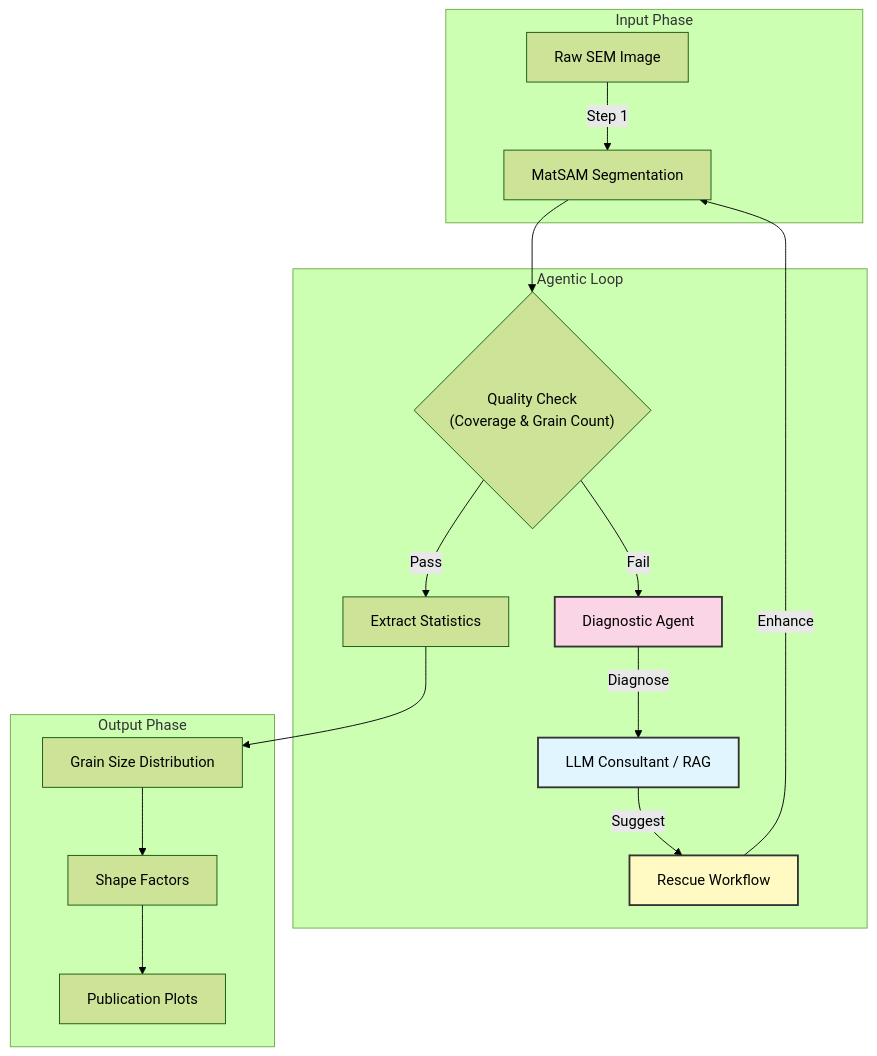
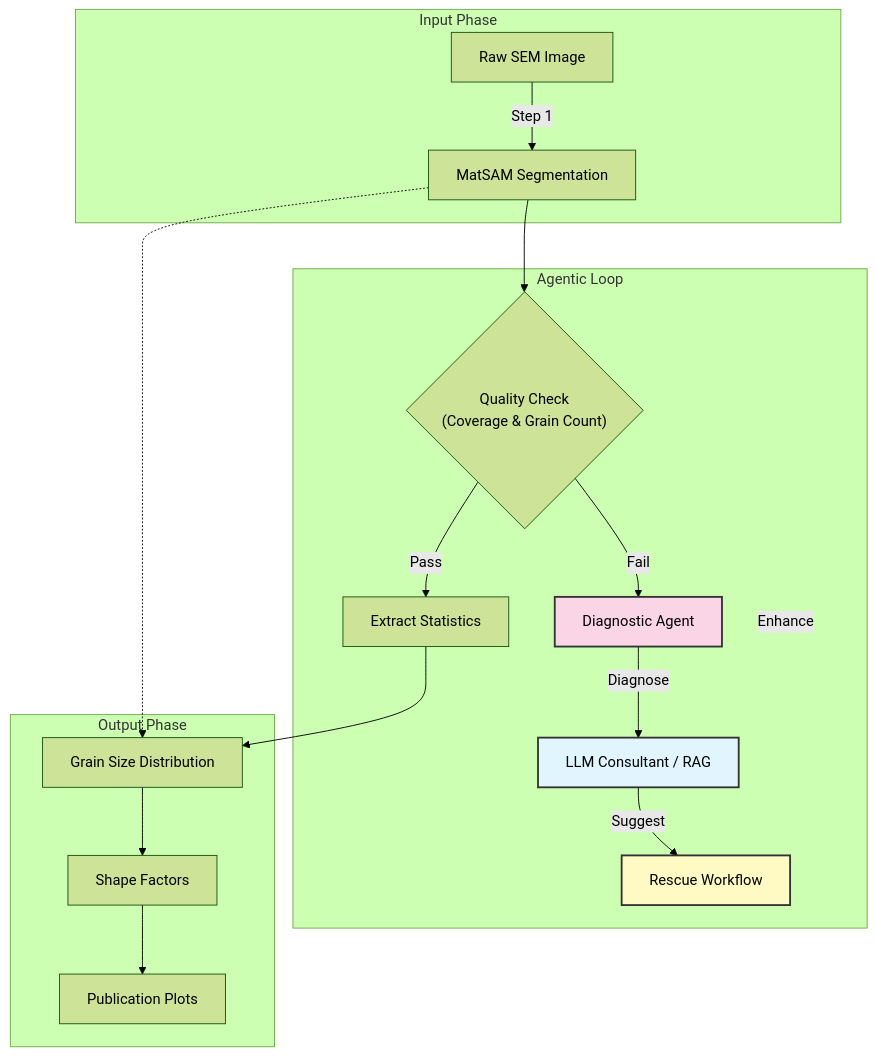
The diagram in README.md (AliBaghizadeh/sem-image--agent-segmentation), drawn with Mermaid (forest theme) before and after one commit.

Commit message:
change mermaid graph

````diff
--- a/README.md
+++ b/README.md
@@ -102,29 +102,29 @@
 ```mermaid
 graph TD
     subgraph "Input Phase"
     A[Raw SEM Image] -->|Step 1| B[MatSAM Segmentation]
     end
 
     subgraph "Agentic Loop"
     B --> C{"Quality Check<br/>(Coverage & Grain Count)"}
-    
-    %% Success Path
     C -->|Pass| D[Extract Statistics]
-    
-    %% Failure Path
     C -->|Fail| E[Diagnostic Agent]
     E -->|Diagnose| F[LLM Consultant / RAG]
     F -->|Suggest| G[Rescue Workflow]
     G -->|Enhance| B
     end
+
+    %% Invisible alignment helper
+    B -.-> H
+    linkStyle 6 opacity:0
 
     subgraph "Output Phase"
     D --> H[Grain Size Distribution]
     H --> I[Shape Factors]
     I --> J[Publication Plots]
     end
     
     style E fill:#f9d5e5,stroke:#333,stroke-width:2px
     style F fill:#e1f5fe,stroke:#333,stroke-width:2px
     style G fill:#fff9c4,stroke:#333,stroke-width:2px
 ```
````
